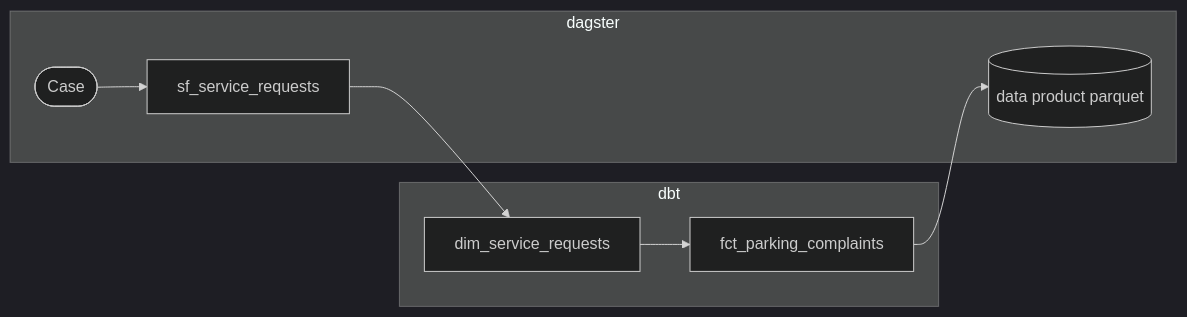
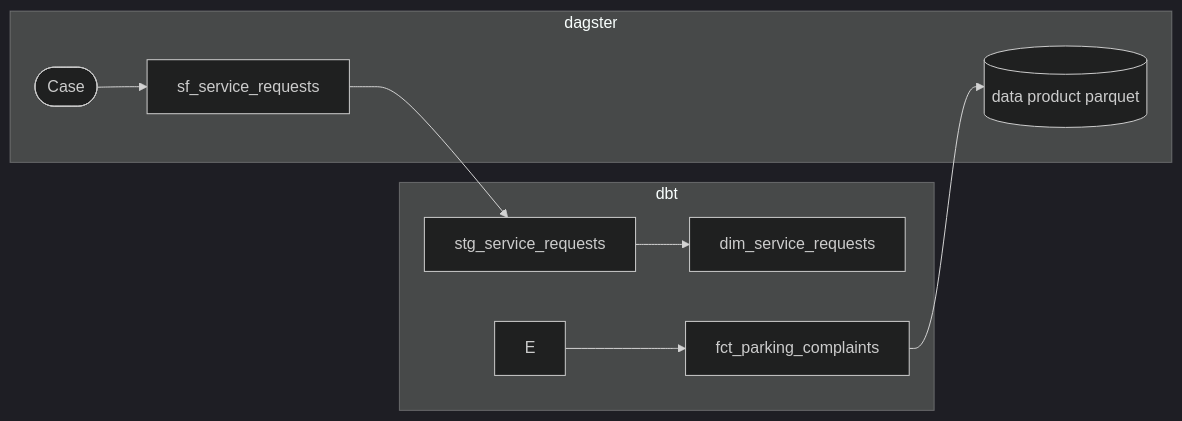
The first of 2 diagrams in 001-teo-app-backend/proposal.md (balt-opi/rfcs), drawn with Mermaid (dark theme) before and after one commit.

Commit message:
add in stg_service_requests to the diagram

````diff
--- a/001-teo-app-backend/proposal.md
+++ b/001-teo-app-backend/proposal.md
@@ -32,17 +32,18 @@
 ```mermaid
 flowchart LR
   subgraph dagster["dagster"]
     A([Case]) --> B[sf_service_requests]
   end
 
   subgraph dbt["dbt"]
-    B --> C[dim_service_requests]
-    C --> D[fct_parking_complaints]
+    B --> C[stg_service_requests]
+    C --> D[dim_service_requests]
+    E --> F[fct_parking_complaints]
   end
 
   subgraph dagster["dagster"]
-    E[(data product parquet)]
+    G[(data product parquet)]
   end
 
-  D --> E
+  F --> G
 ```
````
